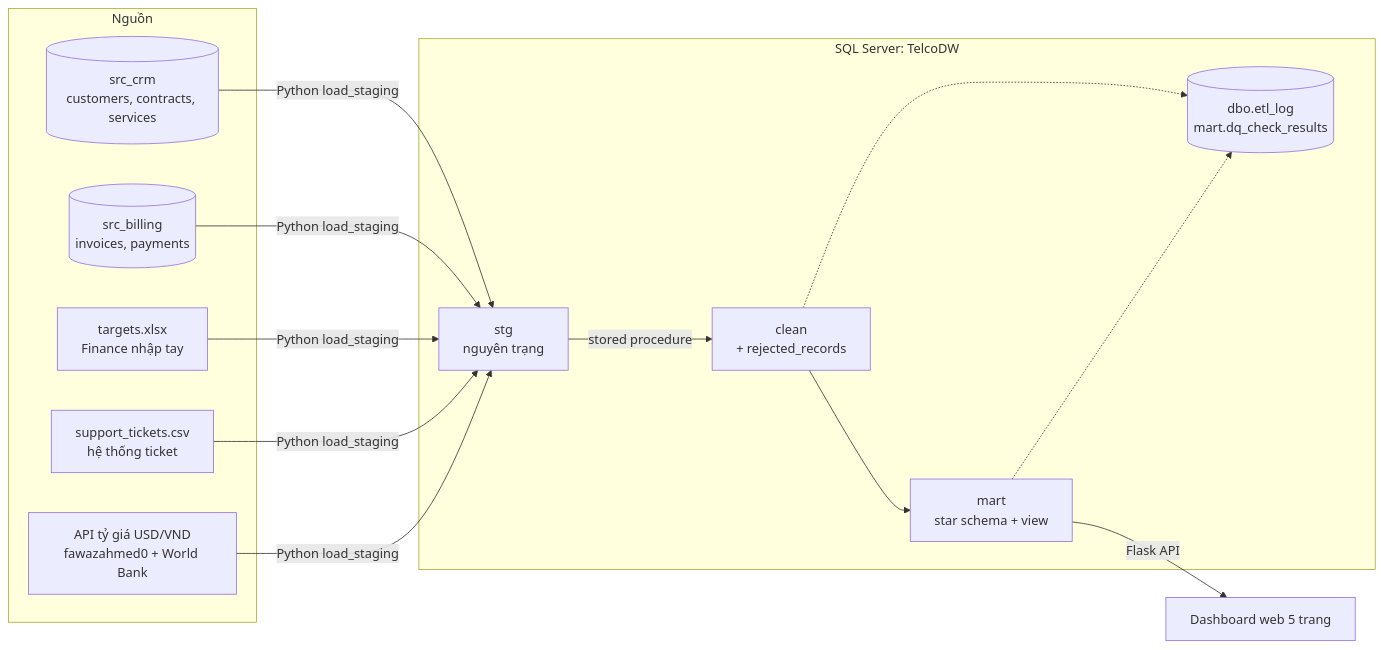
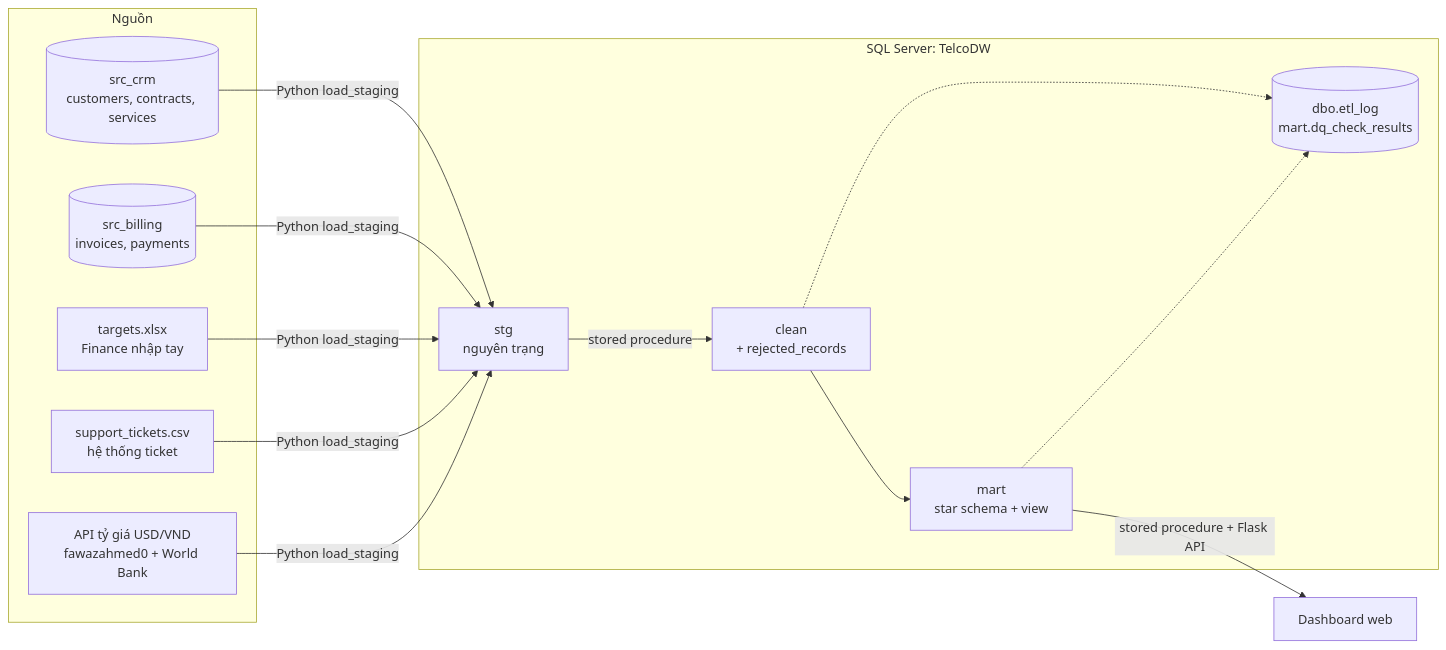
The first of 2 diagrams in README.md (duyle215/telco-churn-analytics), drawn with Mermaid before and after one commit. The commit also changed other lines of this file and 19 other files, not shown here.

````diff
--- a/README.md
+++ b/README.md
@@ -24,20 +24,20 @@
 ```mermaid
 flowchart LR
     subgraph Nguồn
         A[(src_crm<br/>customers, contracts, services)]
         B[(src_billing<br/>invoices, payments)]
         C[targets.xlsx<br/>Finance nhập tay]
         D[support_tickets.csv<br/>hệ thống ticket]
         E[API tỷ giá USD/VND<br/>fawazahmed0 + World Bank]
     end
     subgraph TelcoDW [SQL Server: TelcoDW]
         S[stg<br/>nguyên trạng]
         CL[clean<br/>+ rejected_records]
         M[mart<br/>star schema + view]
         L[(dbo.etl_log<br/>mart.dq_check_results)]
     end
     A & B & C & D & E -->|Python load_staging| S
     S -->|stored procedure| CL --> M
     CL & M -.-> L
-    M -->|Flask API| W[Dashboard web 5 trang]
+    M -->|stored procedure + Flask API| W[Dashboard web]
 ```
````
